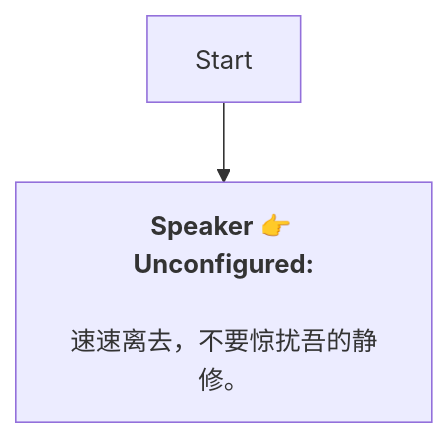
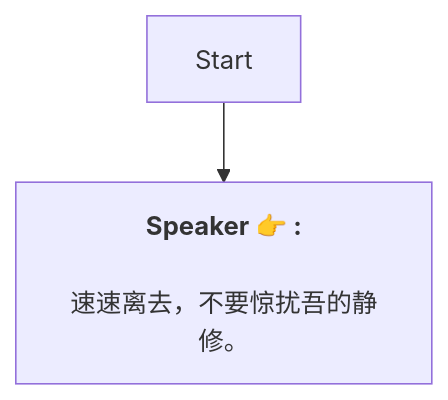
One commit to SoftHu/tos_avg changed the diagram in Zh/GLP_common.md. Above: the diagram before and after it, drawn with Mermaid. The commit also changed 737 other files, not shown here.

````diff
--- a/Zh/GLP_common.md
+++ b/Zh/GLP_common.md
@@ -1,7 +1,6 @@
 ```mermaid
 graph
-Start -->1719954746922015[<b>Speaker 👉 Unconfigured:</b>
+Start -->1719954746922015[<b>Speaker 👉 :</b>
+\n速速离去，不要惊扰吾的静修。]
 
-速速离去，不要惊扰吾的静修。]
-
- ```
+```
````
